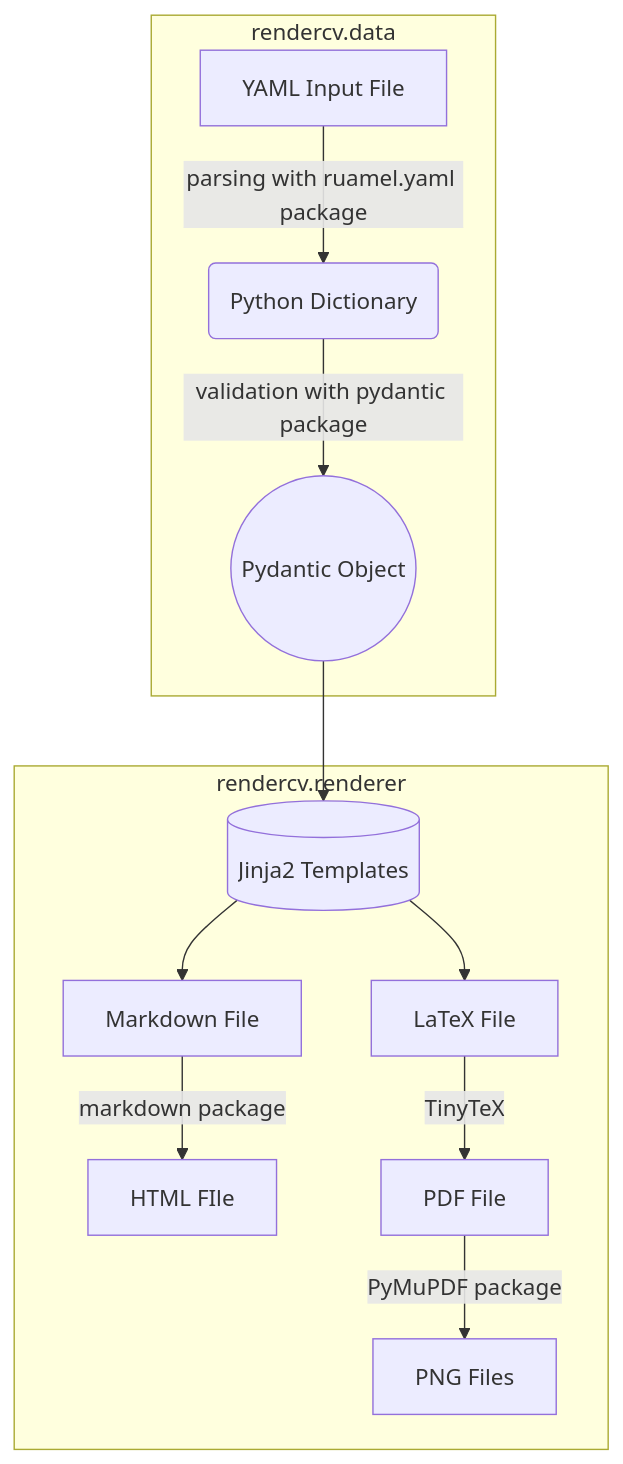
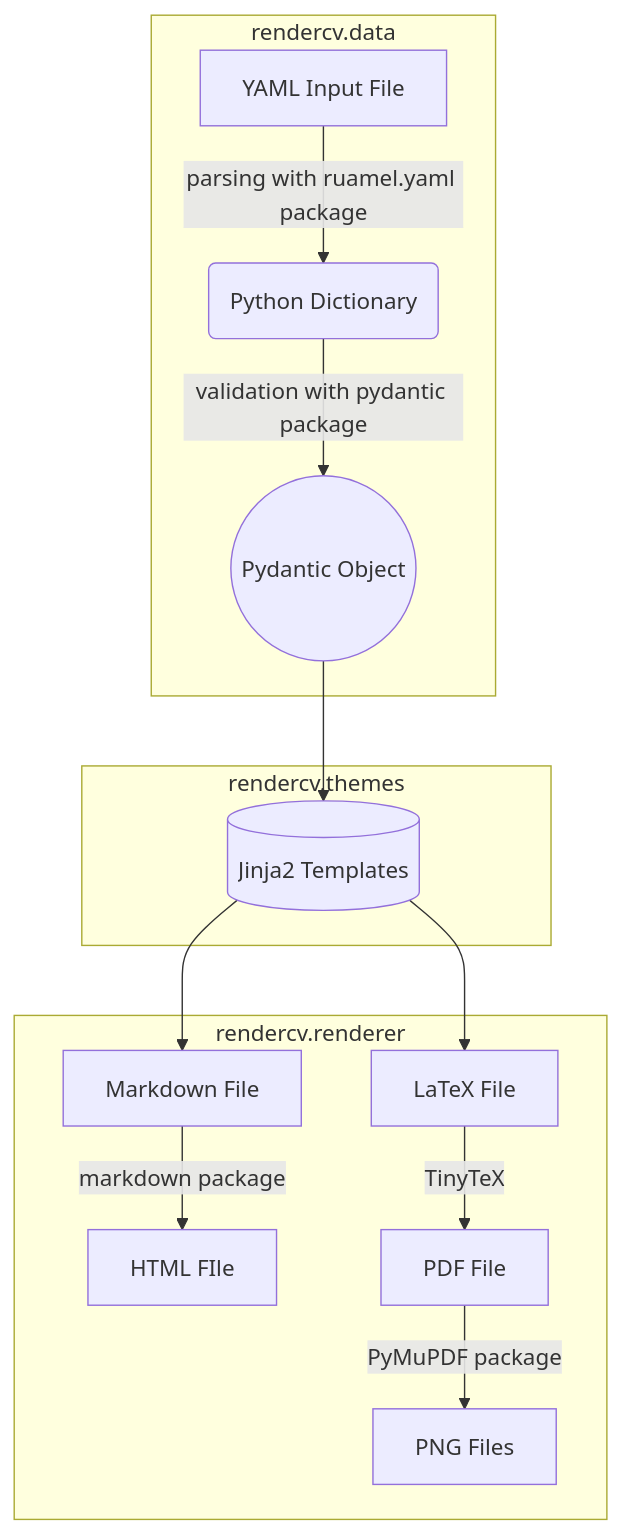
Before and after one commit to sinaatalay/rendercv: the diagram in docs/reference/index.md, drawn with Mermaid. The commit also changed other lines of this file and 19 other files, not shown here.

````diff
--- a/docs/reference/index.md
+++ b/docs/reference/index.md
@@ -12,15 +12,17 @@
 ```mermaid
 flowchart TD
     subgraph rendercv.data
     A[YAML Input File] --parsing with ruamel.yaml package--> B(Python Dictionary)
     B --validation with pydantic package--> C((Pydantic Object))
     end
+    subgraph rendercv.themes
+    C --> AA[(Jinja2 Templates)]
+    end
+    AA --> D
+    AA --> E
     subgraph rendercv.renderer
-    C --> AA
     E[Markdown File] --markdown package--> K[HTML FIle]
     D[LaTeX File] --TinyTeX--> L[PDF File]
     L --PyMuPDF package--> Z[PNG Files]
-    AA[(Jinja2 Templates)] --> D
-    AA[(Jinja2 Templates)] --> E
     end
 ```
````
